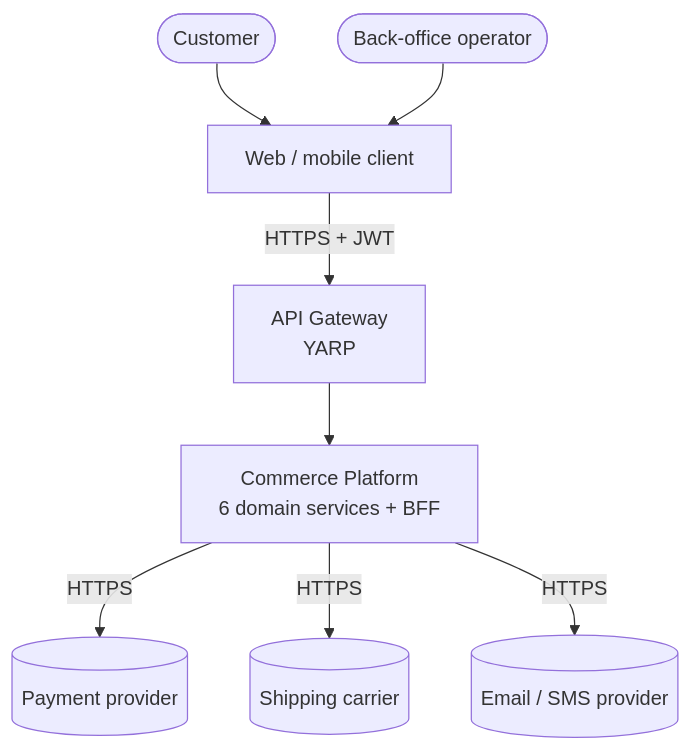
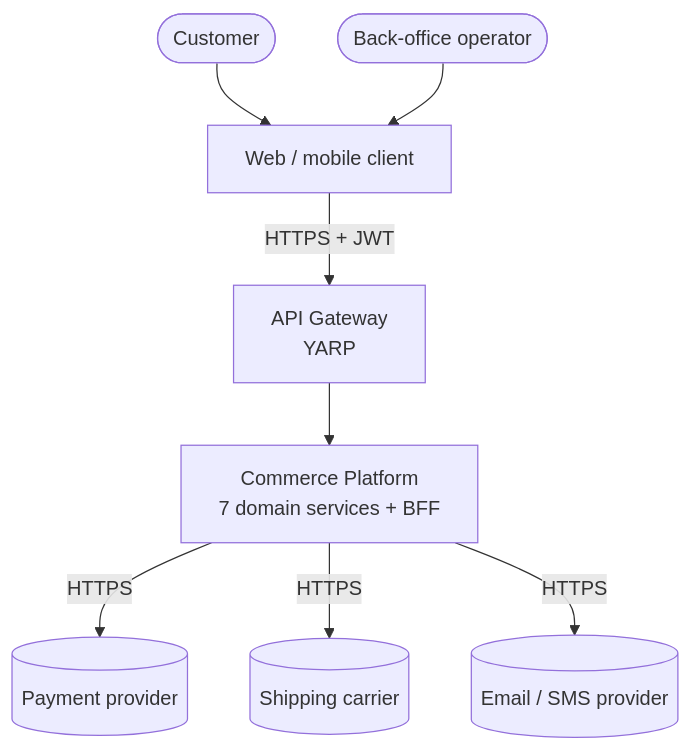
One commit to alexander-shamray/blueprint-backend changed the first of 2 diagrams in docs/backend-architecture/02-architecture-at-a-glance.md. Above: the diagram before and after it, drawn with Mermaid.

Commit message:
docs: §2's diagram counts seven domain services (review R3)
Claude-Session: https://claude.ai/code/session_01E95hGmD5dbjihKDU5o4Ytc

````diff
--- a/docs/backend-architecture/02-architecture-at-a-glance.md
+++ b/docs/backend-architecture/02-architecture-at-a-glance.md
@@ -5,19 +5,19 @@
 ```mermaid
 graph TB
     Customer([Customer])
     Admin([Back-office operator])
     Browser[Web / mobile client]
     Gateway[API Gateway<br/>YARP]
-    Platform[Commerce Platform<br/>6 domain services + BFF]
+    Platform[Commerce Platform<br/>7 domain services + BFF]
     PSP[(Payment provider)]
     Carrier[(Shipping carrier)]
     Email[(Email / SMS provider)]
 
     Customer --> Browser
     Admin --> Browser
     Browser -->|HTTPS + JWT| Gateway
     Gateway --> Platform
     Platform -->|HTTPS| PSP
     Platform -->|HTTPS| Carrier
     Platform -->|HTTPS| Email
 ```
````
